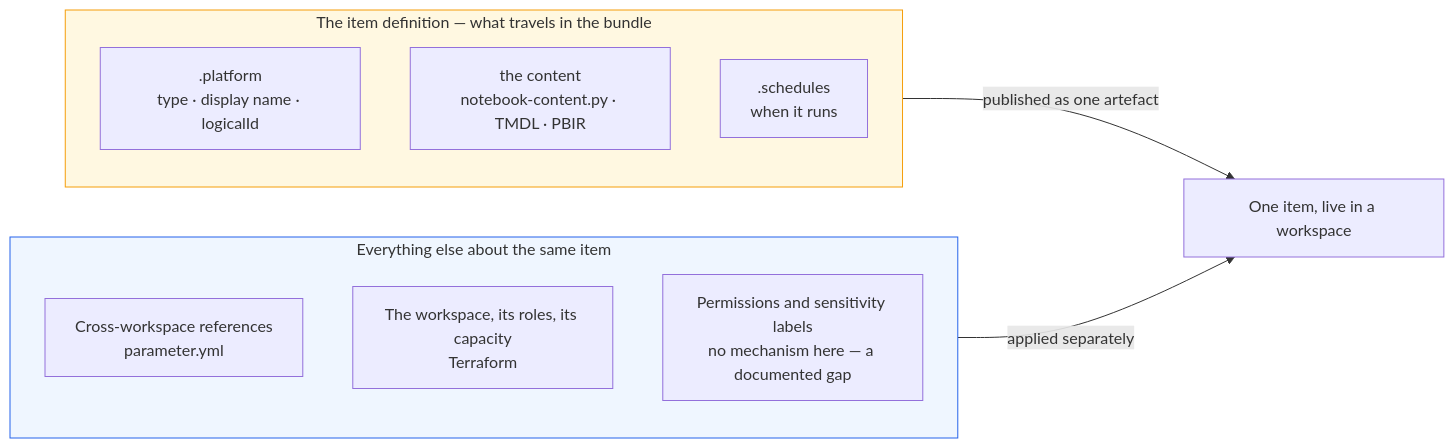
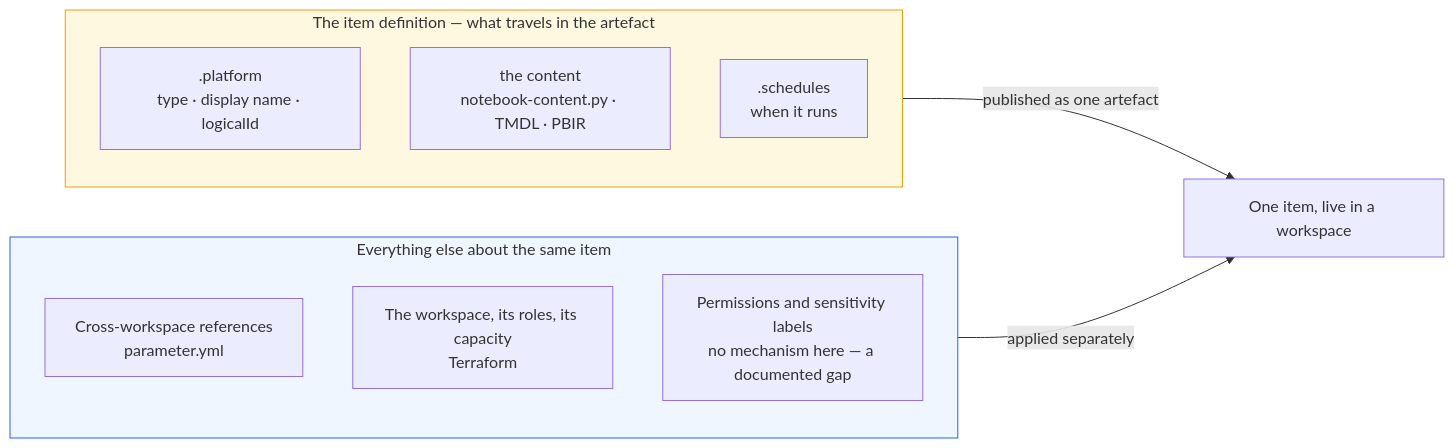
The diagram in docs/tooling.md (markadams31/fabric-dataops-blueprint), drawn with Mermaid before and after one commit. The commit also changed other lines of this file and 14 other files, not shown here.

````diff
--- a/docs/tooling.md
+++ b/docs/tooling.md
@@ -32,17 +32,17 @@
 ```mermaid
 flowchart LR
-    subgraph DEF ["The item definition — what travels in the bundle"]
+    subgraph DEF ["The item definition — what travels in the artefact"]
         P[".platform<br/>type · display name · logicalId"]
         C["the content<br/>notebook-content.py · TMDL · PBIR"]
         S[".schedules<br/>when it runs"]
     end
     subgraph ELSE ["Everything else about the same item"]
         R["Cross-workspace references<br/>parameter.yml"]
         W["The workspace, its roles, its capacity<br/>Terraform"]
         G["Permissions and sensitivity labels<br/>no mechanism here — a documented gap"]
     end
     DEF -->|"published as one artefact"| ITEM["One item, live in a workspace"]
     ELSE -->|"applied separately"| ITEM
     style DEF fill:#fff8e1,stroke:#f59e0b
     style ELSE fill:#eff6ff,stroke:#2563eb
 ```
````
